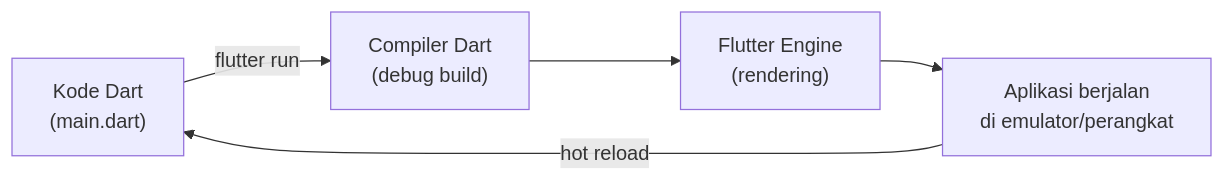
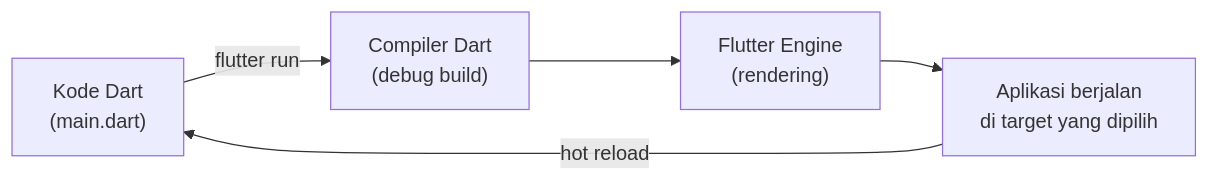
The fourth of 7 diagrams in pertemuan-01/01-Pertemuan-1.md (PBWFEND/PAB), drawn with Mermaid before and after one commit. The commit also changed other lines of this file and 5 other files, not shown here.

````diff
--- a/pertemuan-01/01-Pertemuan-1.md
+++ b/pertemuan-01/01-Pertemuan-1.md
@@ -233,7 +235,7 @@
 ```mermaid
 flowchart LR
     A["Kode Dart<br>(main.dart)"] -->|"flutter run"| B["Compiler Dart<br>(debug build)"]
     B --> C["Flutter Engine<br>(rendering)"]
-    C --> D["Aplikasi berjalan<br>di emulator/perangkat"]
+    C --> D["Aplikasi berjalan<br>di target yang dipilih"]
     D -->|"hot reload"| A
 ```
````
